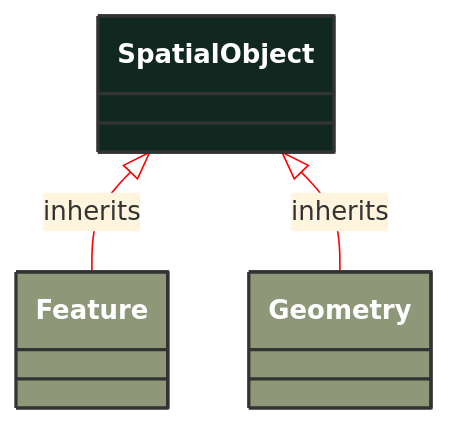
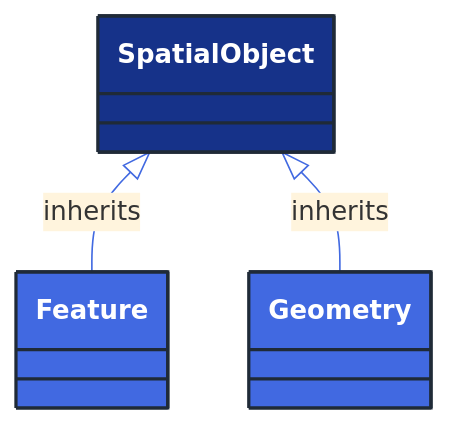
One commit to 3lbits/NoCIMExtensions changed the diagram in docs/Models/Profiles/GridCapacity/AbstractClasses/SpatialObject.md. Above: the diagram before and after it, drawn with Mermaid. The commit also changed 362 other files, not shown here.

First line of the commit message:
Update diagrams and styles for improved visual consistency

````diff
--- a/docs/Models/Profiles/GridCapacity/AbstractClasses/SpatialObject.md
+++ b/docs/Models/Profiles/GridCapacity/AbstractClasses/SpatialObject.md
@@ -10,22 +10,22 @@
 ```mermaid
-%%{init: {'theme':'base','themeVariables': {'lineColor': '#FF0000'}}}%%
+%%{init: {'theme':'base','themeVariables': {'lineColor': '#4169E1'}}}%%
 classDiagram
     class SpatialObject
     click SpatialObject href "/Models/Profiles/GridCapacity/AbstractClasses/SpatialObject/"
-    style SpatialObject fill:#102820,stroke:#333,stroke-width:2px,rx:10,ry:10,color:white
+    style SpatialObject fill:#163289,stroke:#1F2A37,stroke-width:2px,rx:10,ry:10,color:white
 
         SpatialObject <|-- Feature : inherits
 
         Feature
             click Feature href "/Models/Profiles/GridCapacity/AbstractClasses/Feature/"
-            style Feature fill:#8F9779,stroke:#333,stroke-width:2px,rx:10,ry:10,color:white
+            style Feature fill:#4169E1,stroke:#1F2A37,stroke-width:2px,rx:10,ry:10,color:white
 
         SpatialObject <|-- Geometry : inherits
 
         Geometry
             click Geometry href "/Models/Profiles/GridCapacity/AbstractClasses/Geometry/"
-            style Geometry fill:#8F9779,stroke:#333,stroke-width:2px,rx:10,ry:10,color:white
+            style Geometry fill:#4169E1,stroke:#1F2A37,stroke-width:2px,rx:10,ry:10,color:white
 
 
 
 ```
````
